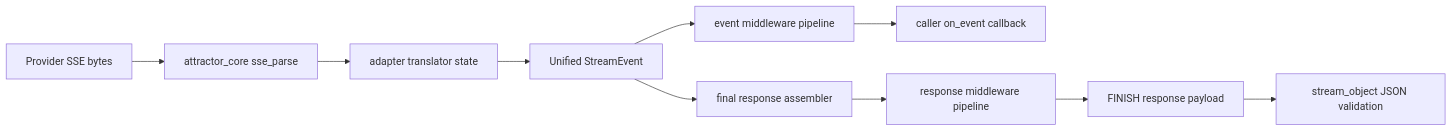
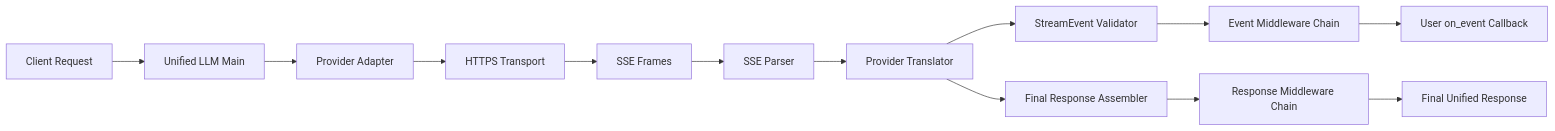
One commit to jaytaylor/attractor-tcl changed the fourth of 5 diagrams in docs/sprints/SPRINT-005-comprehensive-implementation-plan.md. Above: the diagram before and after it, drawn with Mermaid. The commit also changed other lines of this file, not shown here.

````diff
--- a/docs/sprints/SPRINT-005-comprehensive-implementation-plan.md
+++ b/docs/sprints/SPRINT-005-comprehensive-implementation-plan.md
@@ -789,12 +501,15 @@
 ```mermaid
 flowchart LR
-  A[Provider SSE bytes] --> B[attractor_core sse_parse]
-  B --> C[adapter translator state]
-  C --> D[Unified StreamEvent]
-  D --> E[event middleware pipeline]
-  E --> F[caller on_event callback]
-  D --> G[final response assembler]
-  G --> H[response middleware pipeline]
-  H --> I[FINISH response payload]
-  I --> J[stream_object JSON validation]
+  I[Client Request] --> J[Unified LLM Main]
+  J --> K[Provider Adapter]
+  K --> L[HTTPS Transport]
+  L --> M[SSE Frames]
+  M --> N[SSE Parser]
+  N --> O[Provider Translator]
+  O --> P[StreamEvent Validator]
+  P --> Q[Event Middleware Chain]
+  Q --> R[User on_event Callback]
+  O --> S[Final Response Assembler]
+  S --> T[Response Middleware Chain]
+  T --> U[Final Unified Response]
 ```
````
